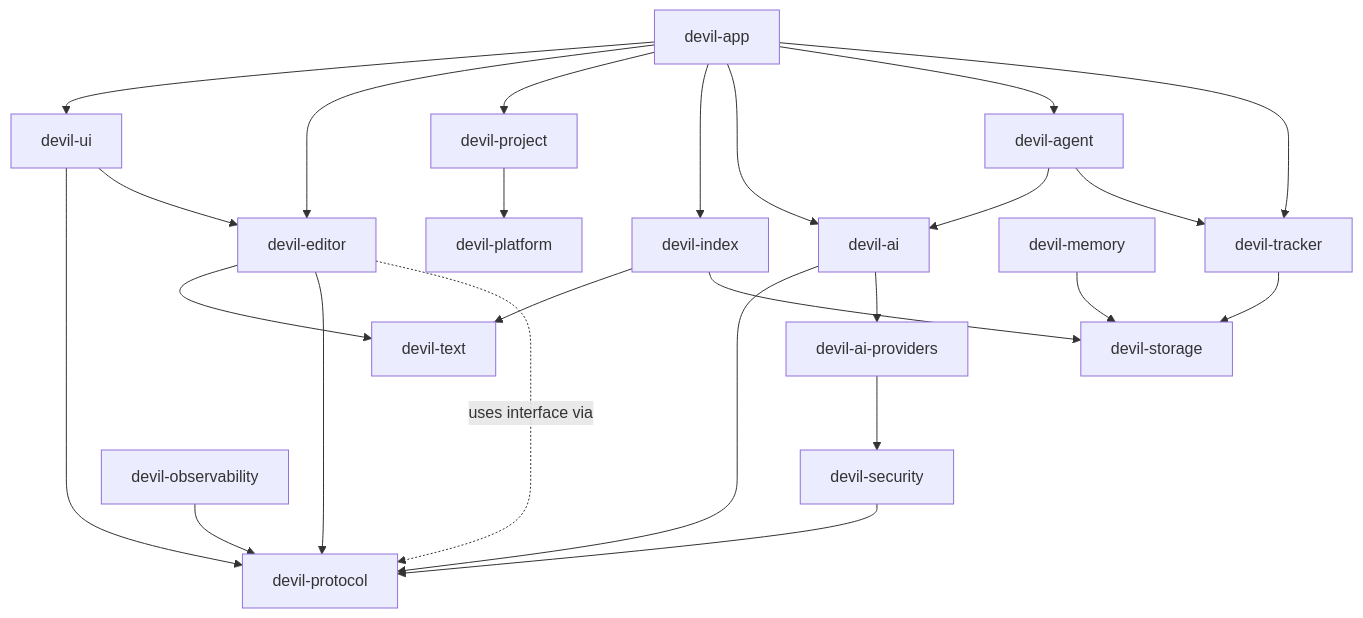
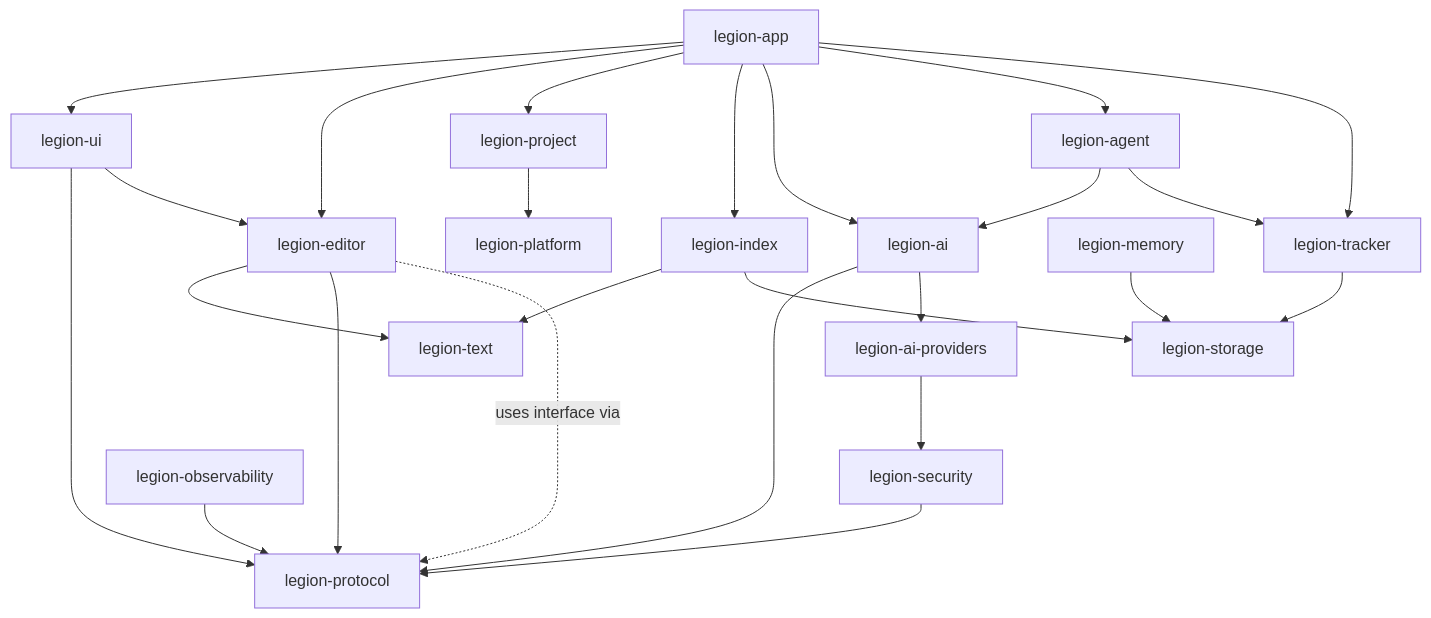
Before and after one commit to 9thLevelSoftware/legion-ide: the second of 5 diagrams in plans/architecture-charter-v0.1.md, drawn with Mermaid. The commit also changed other lines of this file and 310 other files, not shown here.

Commit message:
Rebrand devil workspace to legion

````diff
--- a/plans/architecture-charter-v0.1.md
+++ b/plans/architecture-charter-v0.1.md
@@ -257,27 +257,27 @@
 ```mermaid
 flowchart TD
-    App[devil-app] --> UI[devil-ui]
-    App --> Editor[devil-editor]
-    App --> Project[devil-project]
-    App --> Index[devil-index]
-    App --> AI[devil-ai]
-    App --> Agent[devil-agent]
-    App --> Tracker[devil-tracker]
-    UI --> Protocol[devil-protocol]
+    App[legion-app] --> UI[legion-ui]
+    App --> Editor[legion-editor]
+    App --> Project[legion-project]
+    App --> Index[legion-index]
+    App --> AI[legion-ai]
+    App --> Agent[legion-agent]
+    App --> Tracker[legion-tracker]
+    UI --> Protocol[legion-protocol]
     UI --> Editor
-    Editor --> Text[devil-text]
+    Editor --> Text[legion-text]
     Editor --> Protocol
-    Project --> Platform[devil-platform]
+    Project --> Platform[legion-platform]
     Editor -. uses interface via .-> Protocol
     Index --> Text
-    Index --> Storage[devil-storage]
+    Index --> Storage[legion-storage]
     AI --> Protocol
-    AI --> Providers[devil-ai-providers]
+    AI --> Providers[legion-ai-providers]
     Agent --> AI
     Agent --> Tracker
     Tracker --> Storage
-    Memory[devil-memory] --> Storage
-    Security[devil-security] --> Protocol
+    Memory[legion-memory] --> Storage
+    Security[legion-security] --> Protocol
     Providers --> Security
-    Observability[devil-observability] --> Protocol
+    Observability[legion-observability] --> Protocol
 ```
````
